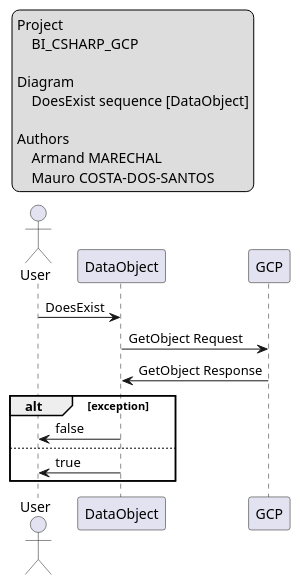
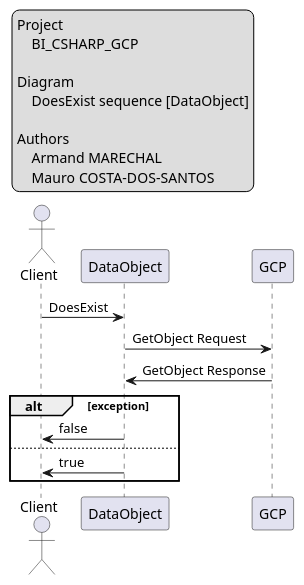
The diagram in doc/sequences/exist.puml (CPNV-ES-BI/BI_CSHARP_GCP), drawn with PlantUML before and after one commit. The commit also changed 2 other files, not shown here.

```diff
--- a/doc/sequences/exist.puml
+++ b/doc/sequences/exist.puml
@@ -1,30 +1,30 @@
 @startuml ExistObject
 
 legend top left
     Project
         BI_CSHARP_GCP
 
     Diagram
         DoesExist sequence [DataObject]
 
     Authors
         Armand MARECHAL
         Mauro COSTA-DOS-SANTOS 
 endlegend
 
-actor User
+actor Client
 
 participant "DataObject" as App
 participant "GCP" as GCP
 
-User -> App: DoesExist
+Client -> App: DoesExist
 App -> GCP: GetObject Request
 GCP -> App: GetObject Response
 
 alt exception
-    App -> User: false
+    App -> Client: false
 else
-    App -> User: true
+    App -> Client: true
 end
 
 @enduml
```
